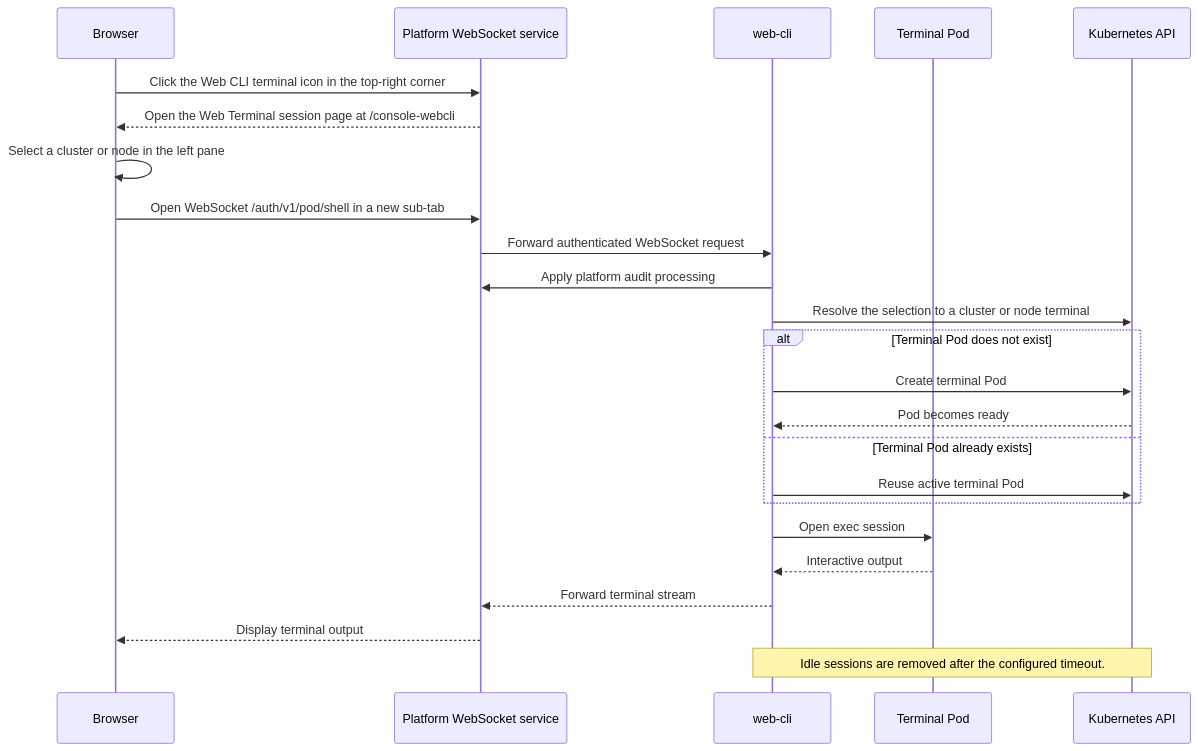
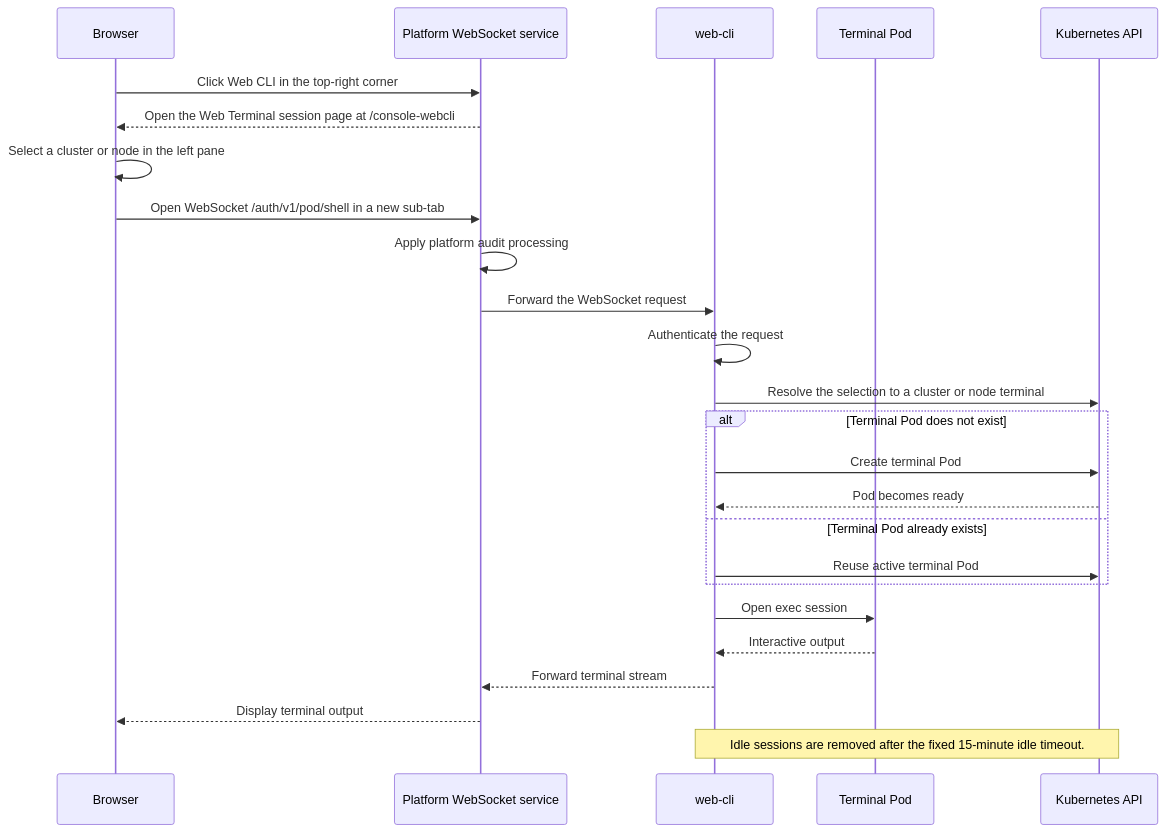
The diagram in docs/en/architecture.mdx (alauda/web-terminal-docs), drawn with Mermaid before and after one commit. The commit also changed other lines of this file and 5 other files, not shown here.

````diff
--- a/docs/en/architecture.mdx
+++ b/docs/en/architecture.mdx
@@ -19,27 +17,28 @@
 ```mermaid
 sequenceDiagram
     participant Browser
     participant Platform as Platform WebSocket service
     participant WebCLI as web-cli
     participant Pod as Terminal Pod
     participant API as Kubernetes API
 
-    Browser->>Platform: Click the Web CLI terminal icon in the top-right corner
+    Browser->>Platform: Click Web CLI in the top-right corner
     Platform-->>Browser: Open the Web Terminal session page at /console-webcli
     Browser->>Browser: Select a cluster or node in the left pane
     Browser->>Platform: Open WebSocket /auth/v1/pod/shell in a new sub-tab
-    Platform->>WebCLI: Forward authenticated WebSocket request
-    WebCLI->>Platform: Apply platform audit processing
+    Platform->>Platform: Apply platform audit processing
+    Platform->>WebCLI: Forward the WebSocket request
+    WebCLI->>WebCLI: Authenticate the request
     WebCLI->>API: Resolve the selection to a cluster or node terminal
     alt Terminal Pod does not exist
         WebCLI->>API: Create terminal Pod
         API-->>WebCLI: Pod becomes ready
     else Terminal Pod already exists
         WebCLI->>API: Reuse active terminal Pod
     end
     WebCLI->>Pod: Open exec session
     Pod-->>WebCLI: Interactive output
     WebCLI-->>Platform: Forward terminal stream
     Platform-->>Browser: Display terminal output
-    Note over WebCLI,API: Idle sessions are removed after the configured timeout.
+    Note over WebCLI,API: Idle sessions are removed after the fixed 15-minute idle timeout.
 ```
````
